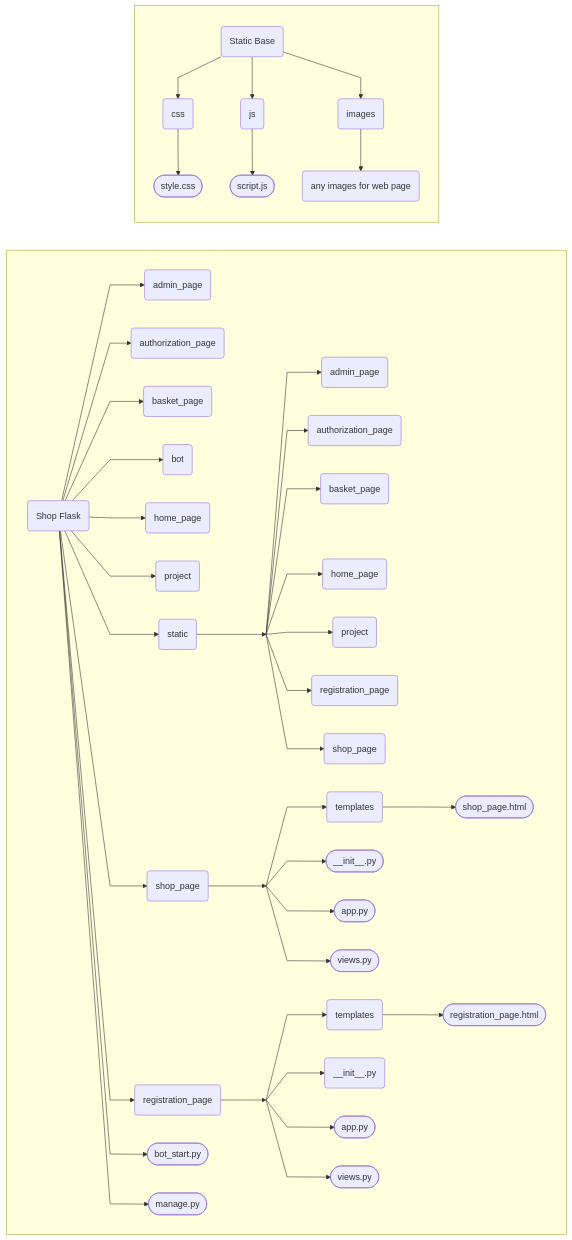
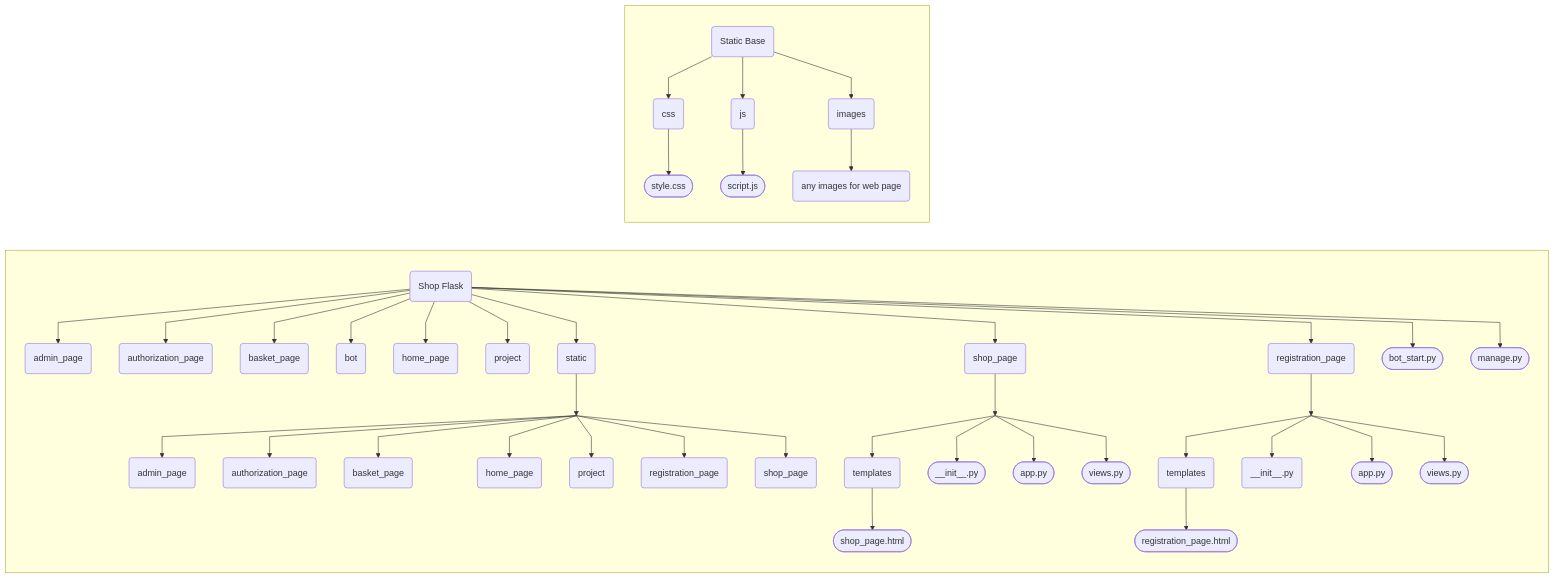
The diagram in README.md (TereshonokMaksim/Shop-Flask), drawn with Mermaid before and after one commit.

Commit message:
wy am i making this

````diff
--- a/README.md
+++ b/README.md
@@ -176,65 +176,63 @@
 ```mermaid
 %%{ init : { "theme" : "default", "flowchart" : { "curve" : "linear" } }}%%
 
 flowchart LR
 
 subgraph YBase[" "]
-    direction LR
     A(Shop Flask) --> L(admin_page)
     A(Shop Flask) --> K(authorization_page)
     A(Shop Flask) --> J(basket_page)
     A(Shop Flask) --> I(bot)
     A(Shop Flask) --> H(home_page)
     A(Shop Flask) --> G(project)
     A(Shop Flask) --> F(registration_page)
     A(Shop Flask) --> E(shop_page)
     A(Shop Flask) --> D(static)
     A(Shop Flask) --> C([bot_start.py])
     A(Shop Flask) --> B([manage.py])
 
 
     DA(static dummy):::hidden --> DB(admin_page)
     DA(static dummy):::hidden --> DC(authorization_page)
     DA(static dummy):::hidden --> DD(basket_page)
     DA(static dummy):::hidden --> DE(home_page)
     DA(static dummy):::hidden --> DF(project)
     DA(static dummy):::hidden --> DG(registration_page)
     DA(static dummy):::hidden --> DH(shop_page)
 
     D --> DA
 
 
     EA(shop_page dummy):::hidden --> EB(templates)
     EA(shop_page dummy):::hidden --> EC([__init__.py])
     EA(shop_page dummy):::hidden --> ED([app.py])
     EA(shop_page dummy):::hidden --> EE([views.py])
     EB(templates) --> EF([shop_page.html])
 
     E --> EA
 
 
     FA(reg page dummy):::hidden --> FB(templates)
     FA(reg page dummy):::hidden --> FC(__init__.py)
     FA(reg page dummy):::hidden --> FD([app.py])
     FA(reg page dummy):::hidden --> FE([views.py])
     FB(templates) --> FF([registration_page.html])
 
     F --> FA
 
     %% 
 
     classDef hidden display: none
 end
 
 subgraph Ystatic[" "]
-    direction TD
     DY(Static Base) --> DYA(css)
     DY(Static Base) --> DYB(js)
     DY(Static Base) --> DYC(images)
 
     DYA(css) --> DYAA([style.css])
     DYB(js) --> DYBA([script.js])
     DYC(images) --> DYCA(any images for web page)
 end
 
 ```
````
